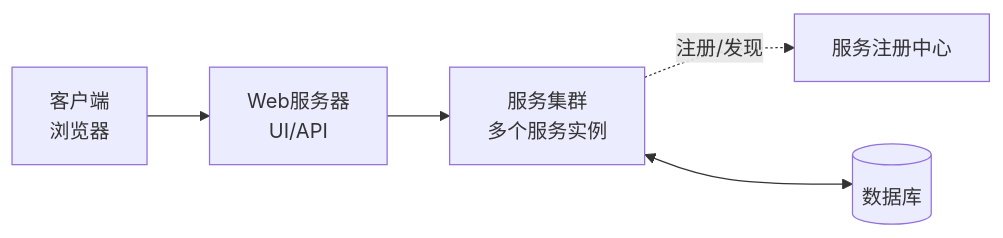
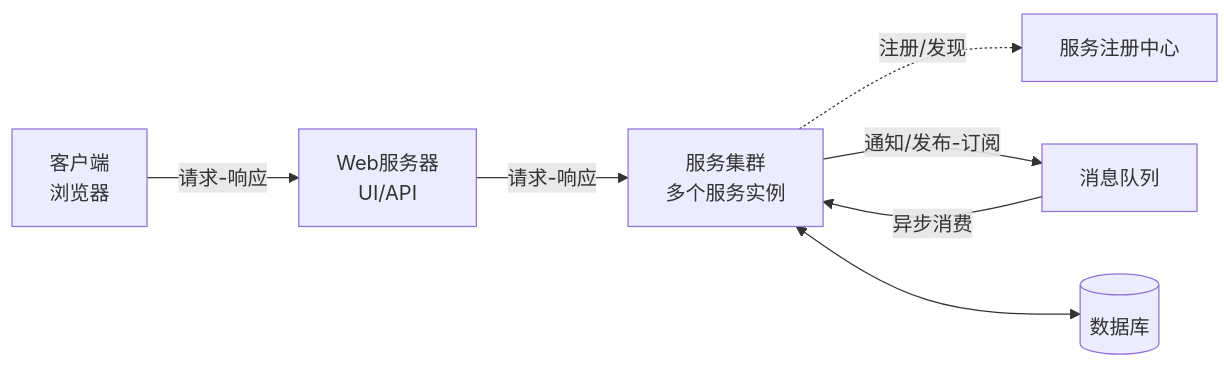
Diagram 19 of 19 in 软件架构设计/实验/实验2/提交/2023302855 梁景毓 ex2.md (GodLiangJingYu/MyCodeResource), drawn with Mermaid before and after one commit. The commit also changed other lines of this file and 109 other files, not shown here.

````diff
--- a/软件架构设计/实验/实验2/提交/2023302855 梁景毓 ex2.md
+++ b/软件架构设计/实验/实验2/提交/2023302855 梁景毓 ex2.md
@@ -286,13 +746,16 @@
 ```mermaid
 flowchart LR
-Client[客户端\n浏览器]
-Web[Web服务器\nUI/API]
-Services[服务集群\n多个服务实例]
-Registry[服务注册中心]
-DB[(数据库)]
+    Client[客户端\n浏览器]
+    Web[Web服务器\nUI/API]
+    Services[服务集群\n多个服务实例]
+    Registry[服务注册中心]
+    MQ[消息队列]
+    DB[(数据库)]
 
-Client --> Web
-Web --> Services
-Services -. "注册/发现" .-> Registry
-Services <--> DB
+    Client -->|"请求-响应"| Web
+    Web -->|"请求-响应"| Services
+    Services -. "注册/发现" .-> Registry
+    Services -->|"通知/发布-订阅"| MQ
+    MQ -->|"异步消费"| Services
+    Services <--> DB
 ```
````
